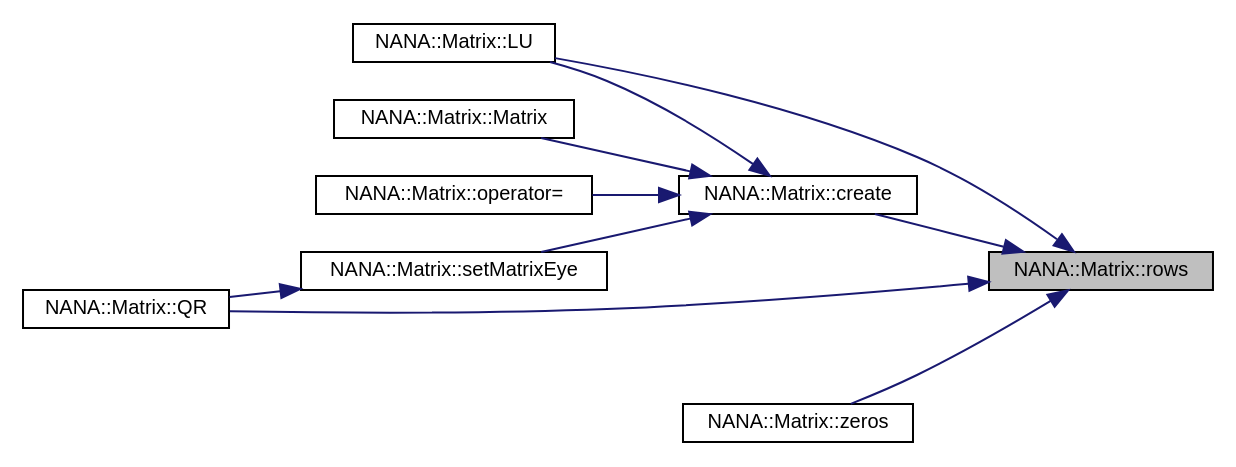
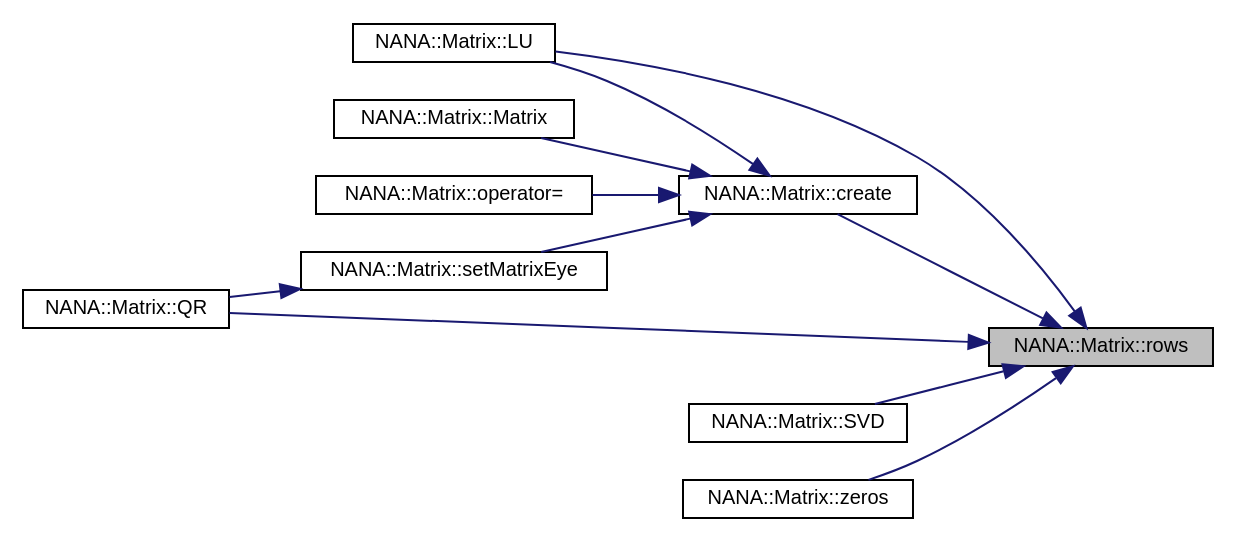
One commit to YuruTu/NANA changed the diagram in docs/class_n_a_n_a_1_1_matrix_a59af2b31be0c8625466dea7fa5a36afa_icgraph.dot. Above: the diagram before and after it, drawn with Graphviz. The commit also changed 36 other files, not shown here.

```diff
--- a/docs/class_n_a_n_a_1_1_matrix_a59af2b31be0c8625466dea7fa5a36afa_icgraph.dot
+++ b/docs/class_n_a_n_a_1_1_matrix_a59af2b31be0c8625466dea7fa5a36afa_icgraph.dot
@@ -1,24 +1,26 @@
 digraph "NANA::Matrix::rows"
 {
  // LATEX_PDF_SIZE
   edge [fontname="Helvetica",fontsize="10",labelfontname="Helvetica",labelfontsize="10"];
   node [fontname="Helvetica",fontsize="10",shape=record];
   rankdir="RL";
   Node1 [label="NANA::Matrix::rows",height=0.2,width=0.4,color="black", fillcolor="grey75", style="filled", fontcolor="black",tooltip="获取矩阵的行数"];
   Node1 -> Node2 [dir="back",color="midnightblue",fontsize="10",style="solid",fontname="Helvetica"];
   Node2 [label="NANA::Matrix::create",height=0.2,width=0.4,color="black", fillcolor="white", style="filled",URL="$class_n_a_n_a_1_1_matrix.html#a9143733c65d050c962bb9ea8fe03d19b",tooltip="申请内存"];
   Node2 -> Node3 [dir="back",color="midnightblue",fontsize="10",style="solid",fontname="Helvetica"];
   Node3 [label="NANA::Matrix::LU",height=0.2,width=0.4,color="black", fillcolor="white", style="filled",URL="$class_n_a_n_a_1_1_matrix.html#a4fa999237fe4b55b662bcd8e38707d1e",tooltip="实现矩阵的LU分解"];
   Node2 -> Node4 [dir="back",color="midnightblue",fontsize="10",style="solid",fontname="Helvetica"];
   Node4 [label="NANA::Matrix::Matrix",height=0.2,width=0.4,color="black", fillcolor="white", style="filled",URL="$class_n_a_n_a_1_1_matrix.html#a200779713f922b3c87ad193b3ea7f6b4",tooltip="构造函数，主动申请与管理内存"];
   Node2 -> Node5 [dir="back",color="midnightblue",fontsize="10",style="solid",fontname="Helvetica"];
   Node5 [label="NANA::Matrix::operator=",height=0.2,width=0.4,color="black", fillcolor="white", style="filled",URL="$class_n_a_n_a_1_1_matrix.html#af8f91cc9e267b3c55d0b8e6cb80351c4",tooltip="等于时"];
   Node2 -> Node6 [dir="back",color="midnightblue",fontsize="10",style="solid",fontname="Helvetica"];
   Node6 [label="NANA::Matrix::setMatrixEye",height=0.2,width=0.4,color="black", fillcolor="white", style="filled",URL="$class_n_a_n_a_1_1_matrix.html#a0a5423a5d4ad70b3225216b7a6542ee4",tooltip="将当前矩阵设置为单位矩阵"];
   Node6 -> Node7 [dir="back",color="midnightblue",fontsize="10",style="solid",fontname="Helvetica"];
-  Node7 [label="NANA::Matrix::QR",height=0.2,width=0.4,color="black", fillcolor="white", style="filled",URL="$class_n_a_n_a_1_1_matrix.html#a521948ec0114d2e2204782b2bfd11bb0",tooltip="基于豪斯荷尔德变换实现矩阵的QR分解"];
+  Node7 [label="NANA::Matrix::QR",height=0.2,width=0.4,color="black", fillcolor="white", style="filled",URL="$class_n_a_n_a_1_1_matrix.html#aa7c0b878879e366512929f60b01b883b",tooltip="基于豪斯荷尔德变换实现矩阵的QR分解"];
   Node1 -> Node3 [dir="back",color="midnightblue",fontsize="10",style="solid",fontname="Helvetica"];
   Node1 -> Node7 [dir="back",color="midnightblue",fontsize="10",style="solid",fontname="Helvetica"];
   Node1 -> Node8 [dir="back",color="midnightblue",fontsize="10",style="solid",fontname="Helvetica"];
-  Node8 [label="NANA::Matrix::zeros",height=0.2,width=0.4,color="black", fillcolor="white", style="filled",URL="$class_n_a_n_a_1_1_matrix.html#aca43ab15a7bcbb1b79bba0e384064194",tooltip="生成全0矩阵"];
+  Node8 [label="NANA::Matrix::SVD",height=0.2,width=0.4,color="black", fillcolor="white", style="filled",URL="$class_n_a_n_a_1_1_matrix.html#a4775a59577813d3d7de3cd5f5f24b29d",tooltip="实现奇异值分解"];
+  Node1 -> Node9 [dir="back",color="midnightblue",fontsize="10",style="solid",fontname="Helvetica"];
+  Node9 [label="NANA::Matrix::zeros",height=0.2,width=0.4,color="black", fillcolor="white", style="filled",URL="$class_n_a_n_a_1_1_matrix.html#aca43ab15a7bcbb1b79bba0e384064194",tooltip="生成全0矩阵"];
 }
```
